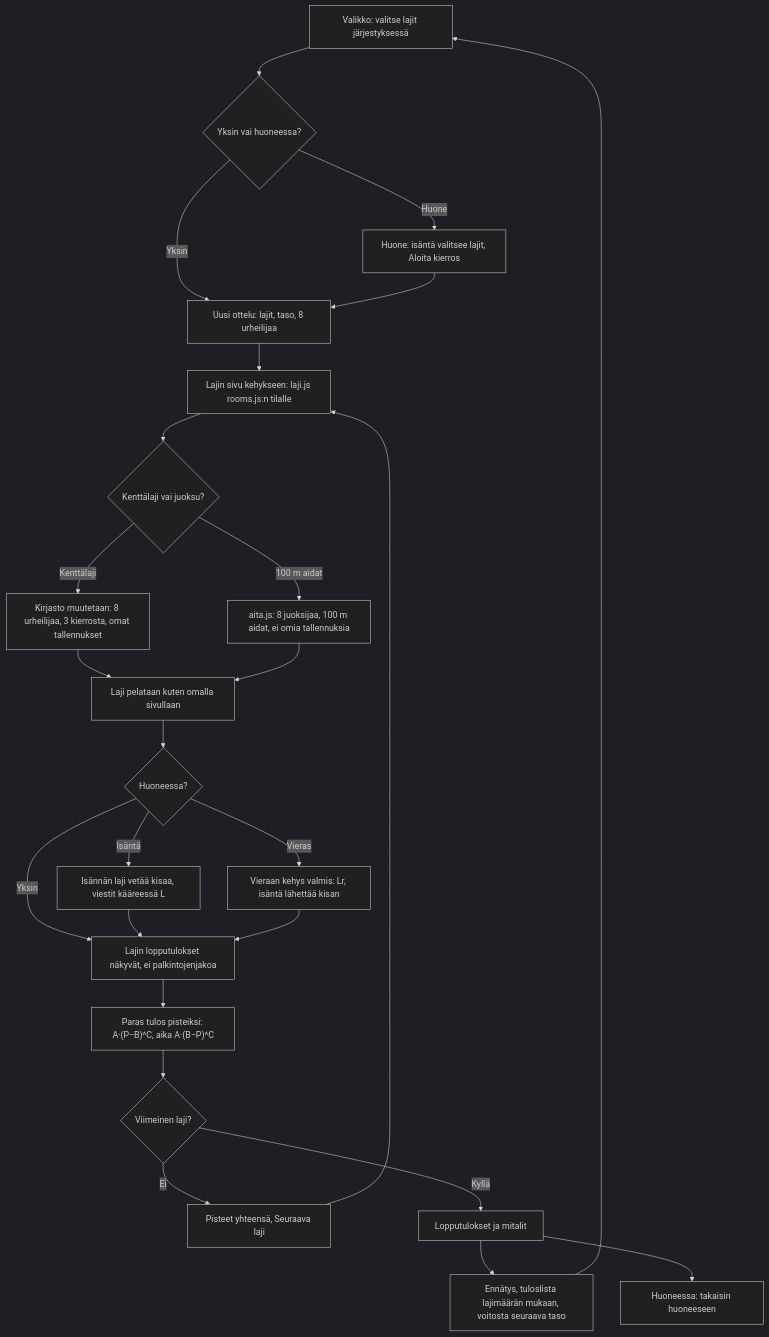
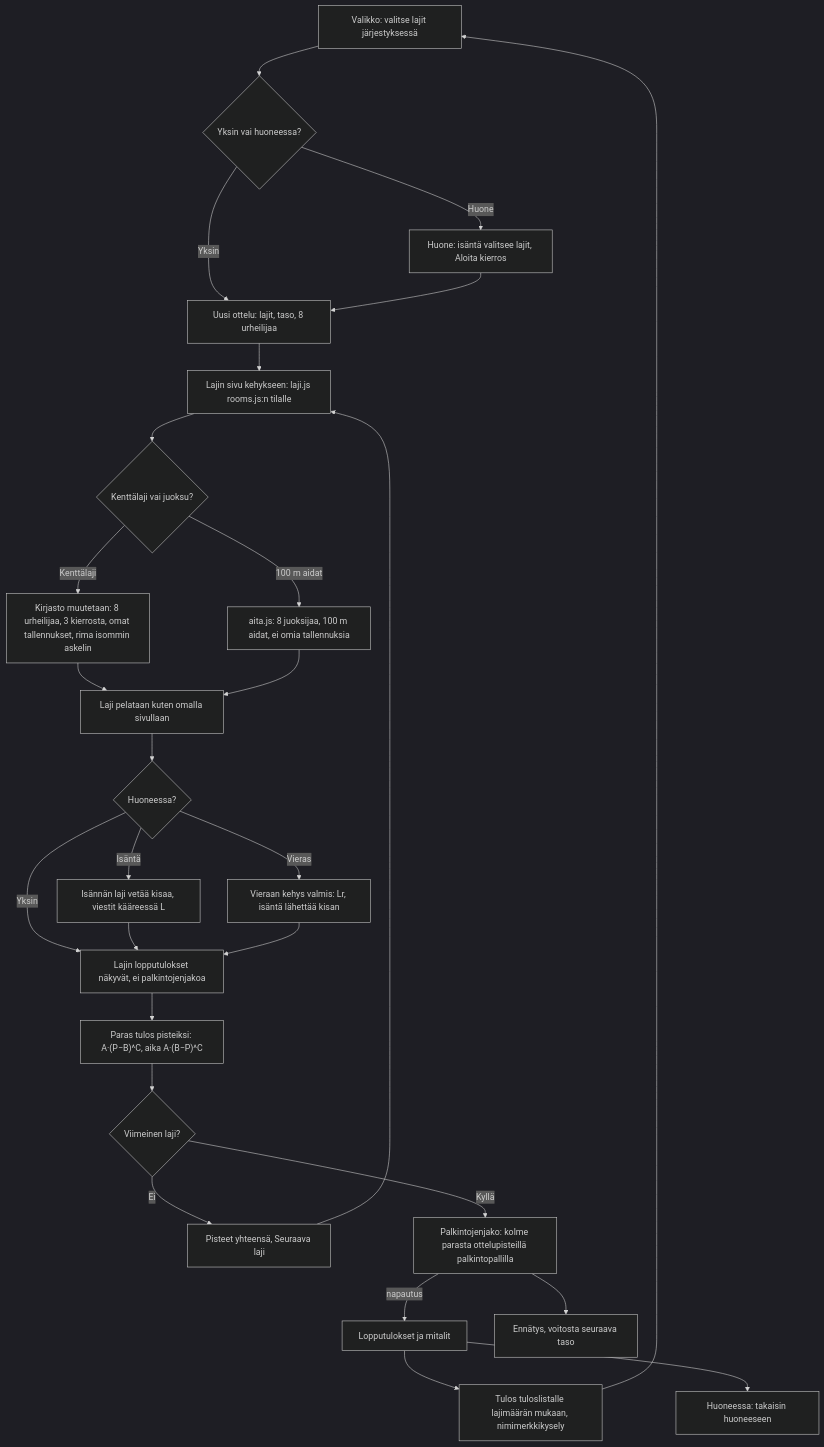
The diagram in docs/diagrams/ottelu.md (eerovil/ai-pelit), drawn with Mermaid (dark theme) before and after one commit. The commit also changed other lines of this file and 5 other files, not shown here.

````diff
--- a/docs/diagrams/ottelu.md
+++ b/docs/diagrams/ottelu.md
@@ -9,32 +9,34 @@
 ```mermaid
 flowchart TD
   MENU[Valikko: valitse lajit järjestyksessä] --> Q{Yksin vai huoneessa?}
   Q -- Yksin --> NEW[Uusi ottelu: lajit, taso, 8 urheilijaa]
   Q -- Huone --> ROOM[Huone: isäntä valitsee lajit, Aloita kierros]
   ROOM --> NEW
   NEW --> LOAD[Lajin sivu kehykseen: laji.js rooms.js:n tilalle]
   LOAD --> KIND{Kenttälaji vai juoksu?}
-  KIND -- Kenttälaji --> PATCH[Kirjasto muutetaan: 8 urheilijaa, 3 kierrosta, omat tallennukset]
+  KIND -- Kenttälaji --> PATCH[Kirjasto muutetaan: 8 urheilijaa, 3 kierrosta, omat tallennukset, rima isommin askelin]
   KIND -- 100 m aidat --> AITA[aita.js: 8 juoksijaa, 100 m aidat, ei omia tallennuksia]
   PATCH --> PLAY[Laji pelataan kuten omalla sivullaan]
   AITA --> PLAY
   PLAY --> NET{Huoneessa?}
   NET -- Isäntä --> HOST[Isännän laji vetää kisaa, viestit kääreessä L]
   NET -- Vieras --> GUEST[Vieraan kehys valmis: Lr, isäntä lähettää kisan]
   NET -- Yksin --> RES
   HOST --> RES[Lajin lopputulokset näkyvät, ei palkintojenjakoa]
   GUEST --> RES
   RES --> PTS["Paras tulos pisteiksi: A·(P−B)^C, aika A·(B−P)^C"]
   PTS --> LAST{Viimeinen laji?}
   LAST -- Ei --> BOARD[Pisteet yhteensä, Seuraava laji]
   BOARD --> LOAD
-  LAST -- Kyllä --> END[Lopputulokset ja mitalit]
-  END --> SAVE[Ennätys, tuloslista lajimäärän mukaan, voitosta seuraava taso]
-  SAVE --> MENU
+  LAST -- Kyllä --> PODIUM[Palkintojenjako: kolme parasta ottelupisteillä palkintopallilla]
+  PODIUM -->|napautus| END[Lopputulokset ja mitalit]
+  PODIUM --> SAVE[Ennätys, voitosta seuraava taso]
+  END --> LIST[Tulos tuloslistalle lajimäärän mukaan, nimimerkkikysely]
+  LIST --> MENU
   END --> BACK[Huoneessa: takaisin huoneeseen]
   class MENU,ROOM,BOARD,PLAY blue
   class HOST,GUEST violet
   class Q,NET,LAST,KIND amber
   class NEW,LOAD,PATCH,AITA,PTS teal
-  class RES,END,SAVE,BACK green
+  class RES,END,SAVE,BACK,PODIUM,LIST green
 ```
````
